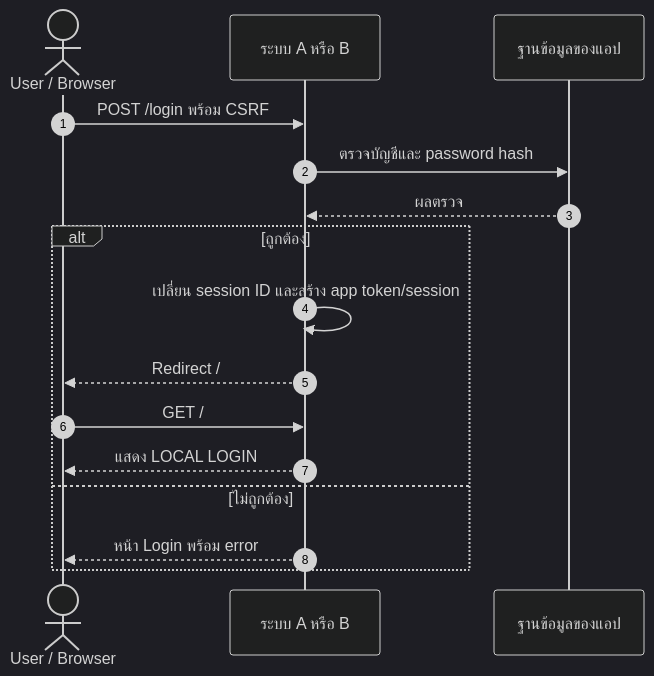
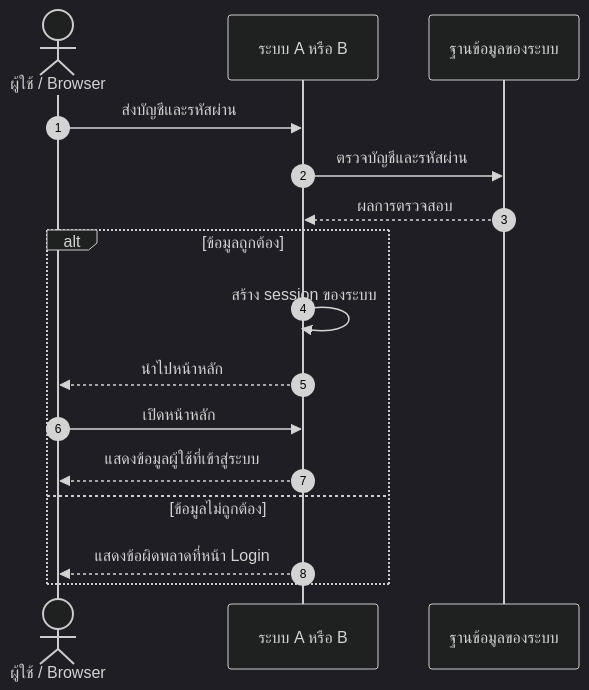
The first of 22 diagrams in docs/flows/LOGIN-AND-SESSION.md (Sin1apachai/poc_sso), drawn with Mermaid (dark theme) before and after one commit. The commit also changed other lines of this file and 69 other files, not shown here.

````diff
--- a/docs/flows/LOGIN-AND-SESSION.md
+++ b/docs/flows/LOGIN-AND-SESSION.md
@@ -11,18 +18,18 @@
 ```mermaid
 sequenceDiagram
     autonumber
-actor U as User / Browser
+    actor U as ผู้ใช้ / Browser
     participant A as ระบบ A หรือ B
-    participant D as ฐานข้อมูลของแอป
-    U->>A: POST /login พร้อม CSRF
-    A->>D: ตรวจบัญชีและ password hash
-    D-->>A: ผลตรวจ
-    alt ถูกต้อง
-        A->>A: เปลี่ยน session ID และสร้าง app token/session
-        A-->>U: Redirect /
-        U->>A: GET /
-        A-->>U: แสดง LOCAL LOGIN
-    else ไม่ถูกต้อง
-        A-->>U: หน้า Login พร้อม error
+    participant D as ฐานข้อมูลของระบบ
+    U->>A: ส่งบัญชีและรหัสผ่าน
+    A->>D: ตรวจบัญชีและรหัสผ่าน
+    D-->>A: ผลการตรวจสอบ
+    alt ข้อมูลถูกต้อง
+        A->>A: สร้าง session ของระบบ
+        A-->>U: นำไปหน้าหลัก
+        U->>A: เปิดหน้าหลัก
+        A-->>U: แสดงข้อมูลผู้ใช้ที่เข้าสู่ระบบ
+    else ข้อมูลไม่ถูกต้อง
+        A-->>U: แสดงข้อผิดพลาดที่หน้า Login
     end
 ```
````
